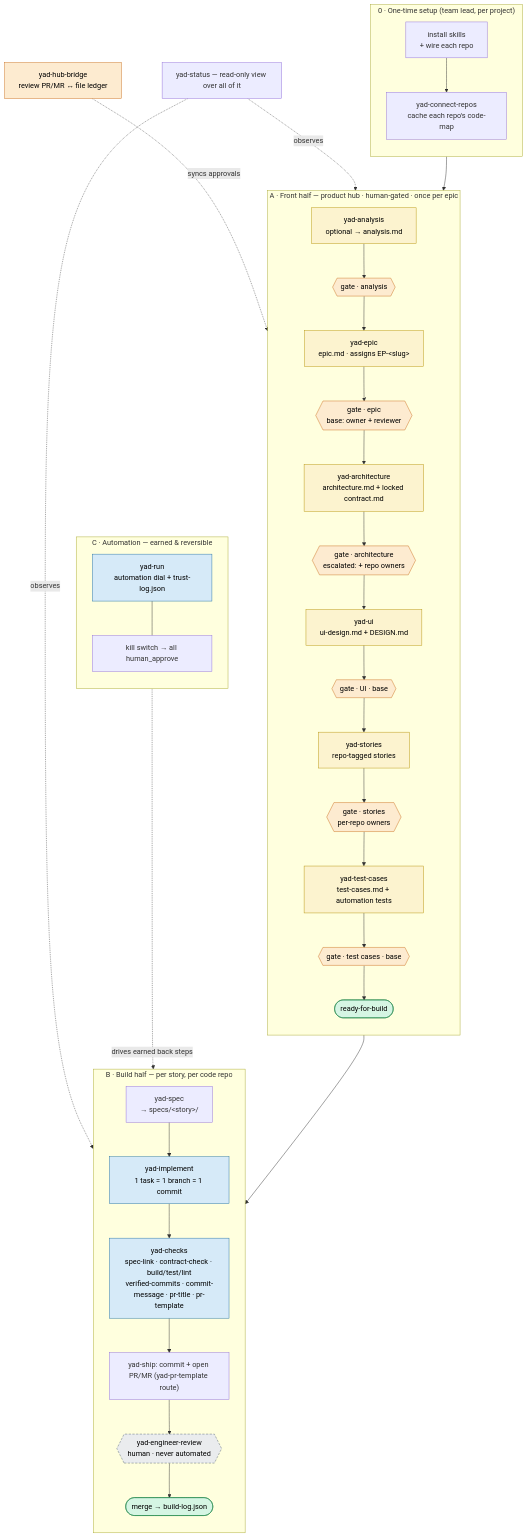
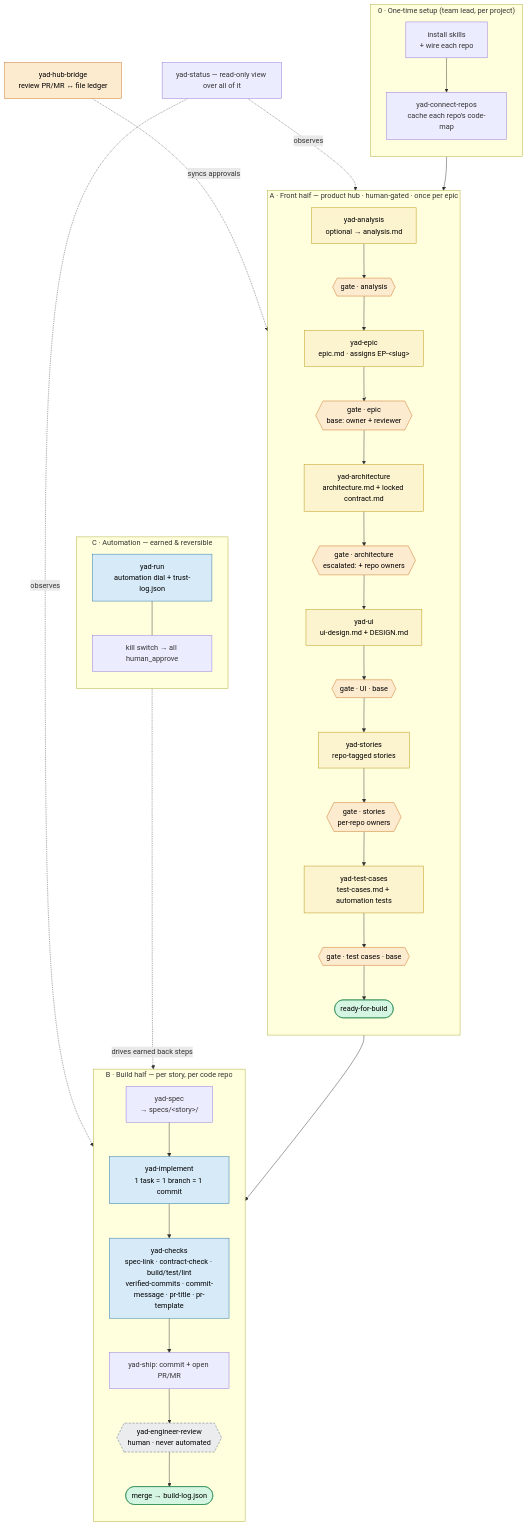
One commit to abdelrahmannasr/yadflow changed the second of 3 diagrams in TEAM-GUIDE.md. Above: the diagram before and after it, drawn with Mermaid. The commit also changed 2 other files, not shown here.

Commit message:
docs: address CodeRabbit review on PR #53
- README step 12: only commit-message runs pre-PR; pr-title/pr-template need
  the PR title+body, so they run in CI once the PR exists (step 13).
- check-gates.md: the by-hand pr-template example points at a real PR/MR body
  file, not the template source.
- TEAM-GUIDE diagram: yad-ship node no longer implies it does reviewer routing
  (routing is a separate step).

````diff
--- a/TEAM-GUIDE.md
+++ b/TEAM-GUIDE.md
@@ -59,60 +59,60 @@
 ```mermaid
 flowchart TD
     classDef gated fill:#fdebd0,stroke:#ca6f1e,color:#000
     classDef earns fill:#d6eaf8,stroke:#2471a3,color:#000
     classDef locked fill:#eaecee,stroke:#566573,color:#000,stroke-dasharray:5 3
     classDef artifact fill:#fcf3cf,stroke:#b7950b,color:#000
     classDef sentinel fill:#d5f5e3,stroke:#1e8449,color:#000
 
     subgraph SETUP["0 · One-time setup (team lead, per project)"]
       direction TB
       inst["install skills<br/>+ wire each repo"]
       conn["yad-connect-repos<br/>cache each repo's code-map"]
       inst --> conn
     end
 
     subgraph FRONT["A · Front half — product hub · human-gated · once per epic"]
       direction TB
       an["yad-analysis<br/>optional → analysis.md"]:::artifact
       ep["yad-epic<br/>epic.md · assigns EP-&lt;slug&gt;"]:::artifact
       ar["yad-architecture<br/>architecture.md + locked contract.md"]:::artifact
       ui["yad-ui<br/>ui-design.md + DESIGN.md"]:::artifact
       st["yad-stories<br/>repo-tagged stories"]:::artifact
       tc["yad-test-cases<br/>test-cases.md + automation tests"]:::artifact
       gAn{{"gate · analysis"}}:::gated
       gEp{{"gate · epic<br/>base: owner + reviewer"}}:::gated
       gAr{{"gate · architecture<br/>escalated: + repo owners"}}:::gated
       gUi{{"gate · UI · base"}}:::gated
       gSt{{"gate · stories<br/>per-repo owners"}}:::gated
       gTc{{"gate · test cases · base"}}:::gated
       rfb(["ready-for-build"]):::sentinel
       an --> gAn --> ep --> gEp --> ar --> gAr --> ui --> gUi --> st --> gSt --> tc --> gTc --> rfb
     end
 
     subgraph BUILD["B · Build half — per story, per code repo"]
       direction TB
       sp["yad-spec<br/>→ specs/&lt;story&gt;/"]
       im["yad-implement<br/>1 task = 1 branch = 1 commit"]:::earns
       ck["yad-checks<br/>spec-link · contract-check · build/test/lint<br/>verified-commits · commit-message · pr-title · pr-template"]:::earns
-      prm["yad-ship: commit + open PR/MR (yad-pr-template route)"]
+      prm["yad-ship: commit + open PR/MR"]
       eng{{"yad-engineer-review<br/>human · never automated"}}:::locked
       merged(["merge → build-log.json"]):::sentinel
       sp --> im --> ck --> prm --> eng --> merged
     end
 
     subgraph AUTO["C · Automation — earned & reversible"]
       direction TB
       run["yad-run<br/>automation dial + trust-log.json"]:::earns
       kill["kill switch → all human_approve"]
       run --- kill
     end
 
     conn --> an
     rfb --> sp
     run -. drives earned back steps .-> im
     bridge["yad-hub-bridge<br/>review PR/MR ↔ file ledger"]:::gated
     bridge -. syncs approvals .-> gEp
     status["yad-status — read-only view over all of it"]
     status -. observes .-> FRONT
     status -. observes .-> BUILD
 ```
````
